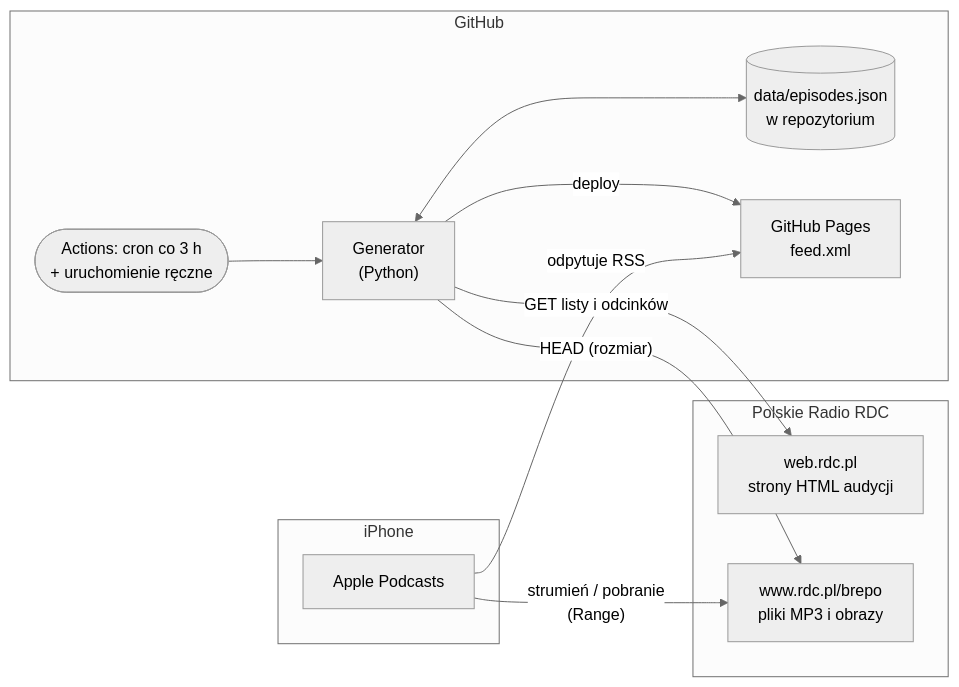
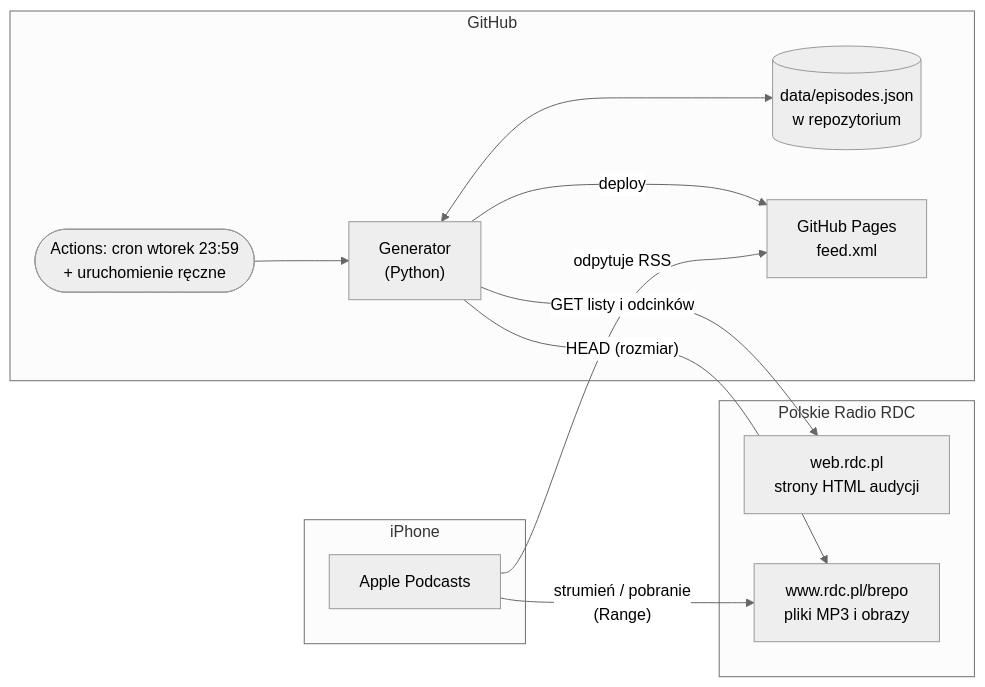
One commit to sulmar/rdc-z-innej-planety-rss changed the first of 2 diagrams in docs/architecture.md. Above: the diagram before and after it, drawn with Mermaid (neutral theme). The commit also changed other lines of this file and 9 other files, not shown here.

First line of the commit message:
CI/CD: cotygodniowa aktualizacja kanału (wtorek 23:59) i testy w GitHub Actions

````diff
--- a/docs/architecture.md
+++ b/docs/architecture.md
@@ -14,26 +14,26 @@
 ```mermaid
 flowchart LR
     subgraph RDC["Polskie Radio RDC"]
         WEB["web.rdc.pl<br/>strony HTML audycji"]
         MP3["www.rdc.pl/brepo<br/>pliki MP3 i obrazy"]
     end
 
     subgraph GH["GitHub"]
-        CRON(["Actions: cron co 3 h<br/>+ uruchomienie ręczne"])
+        CRON(["Actions: cron wtorek 23:59<br/>+ uruchomienie ręczne"])
         GEN["Generator<br/>(Python)"]
         STATE[("data/episodes.json<br/>w repozytorium")]
         PAGES["GitHub Pages<br/>feed.xml"]
     end
 
     subgraph IPHONE["iPhone"]
         AP["Apple Podcasts"]
     end
 
     CRON --> GEN
     GEN -- "GET listy i odcinków" --> WEB
     GEN -- "HEAD (rozmiar)" --> MP3
     GEN <--> STATE
     GEN -- "deploy" --> PAGES
     AP -- "odpytuje RSS" --> PAGES
     AP -- "strumień / pobranie<br/>(Range)" --> MP3
 ```
````
